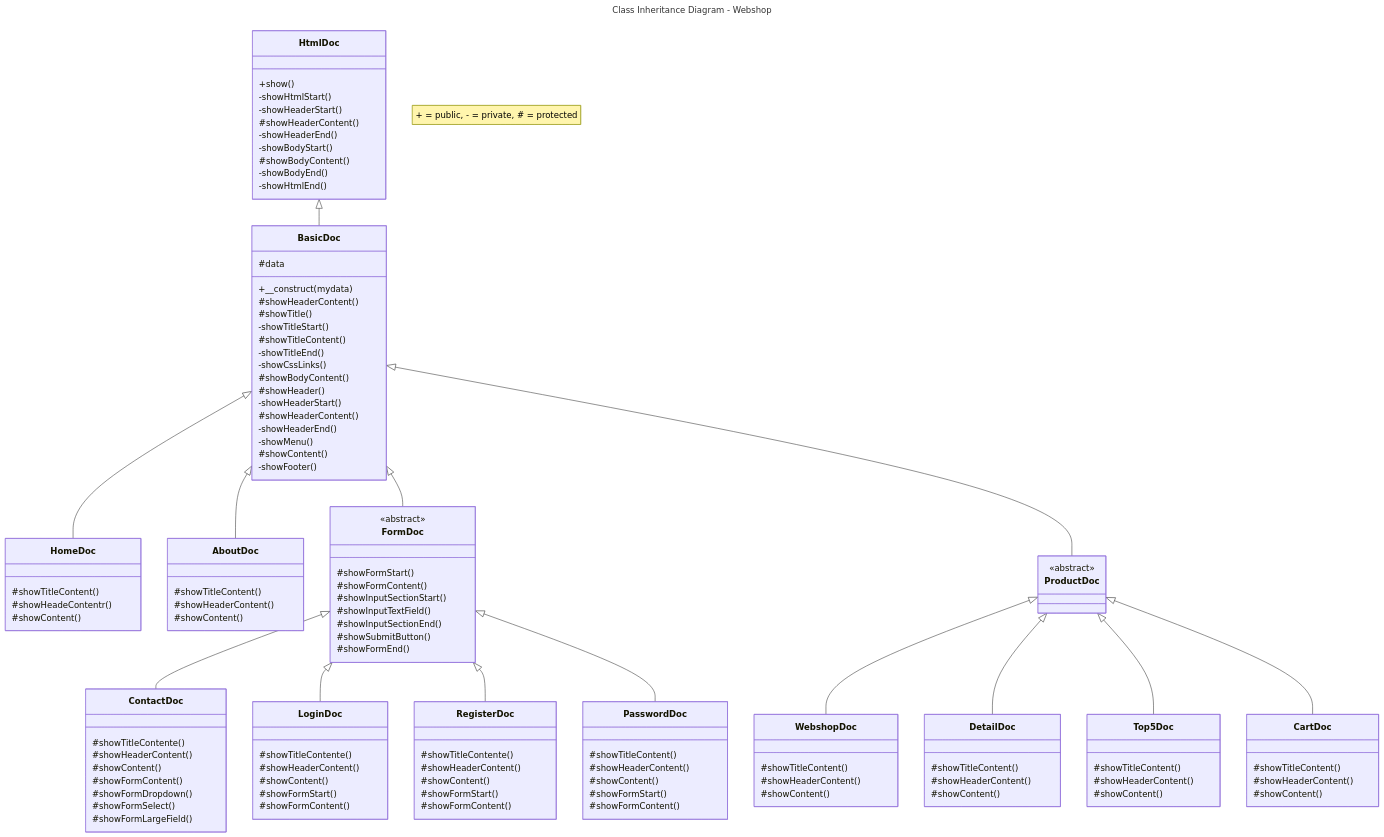
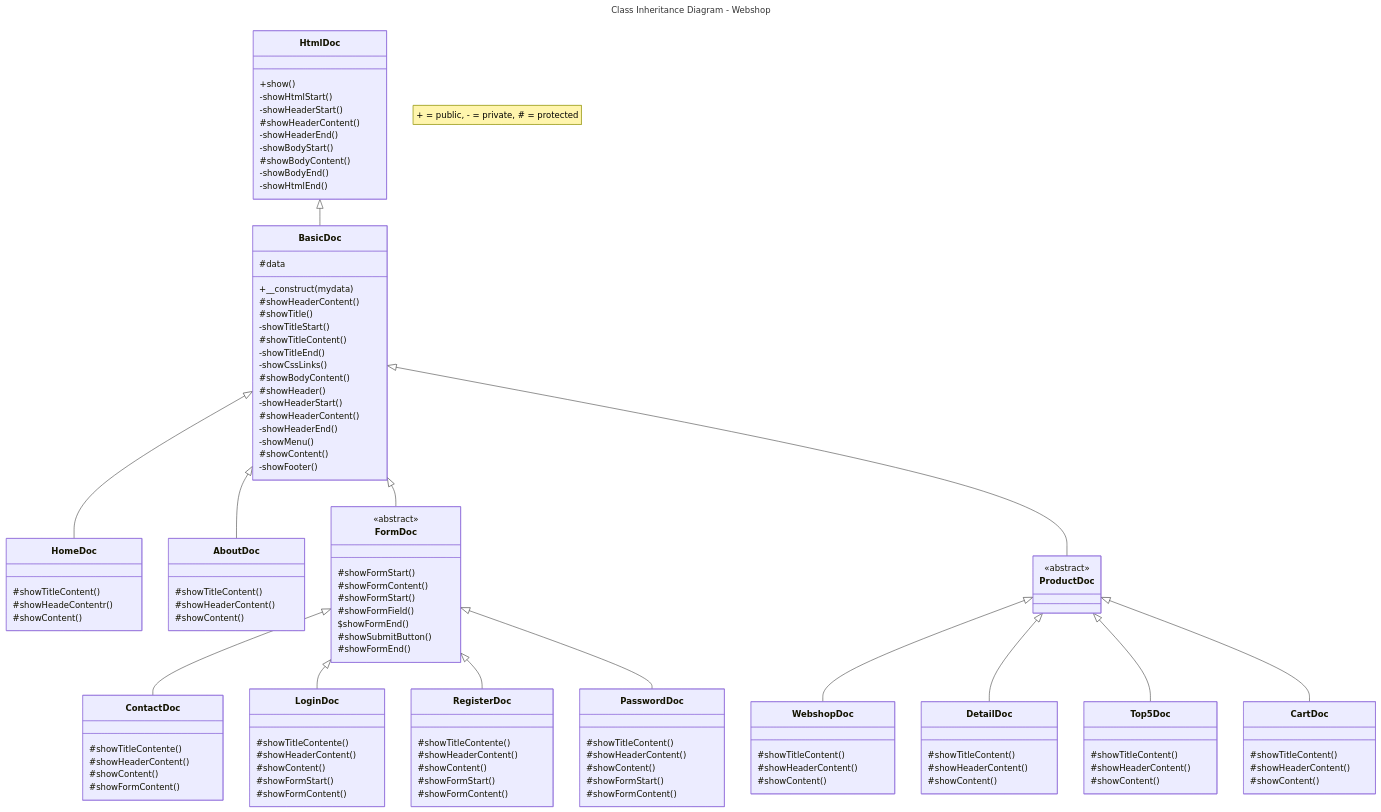
Before and after one commit to JeroenHeemskerk/educom-webshop-oop-1708595373: the diagram in Diagrams/class-inheritance-diagram-webshop.md, drawn with Mermaid.

```diff
--- a/Diagrams/class-inheritance-diagram-webshop.md
+++ b/Diagrams/class-inheritance-diagram-webshop.md
@@ -65,9 +65,9 @@
         <<abstract>>
         #showFormStart()
         #showFormContent()
-        #showInputSectionStart()
-        #showInputTextField()
-        #showInputSectionEnd()
+        #showFormStart()
+        #showFormField()
+        $showFormEnd()
         #showSubmitButton()
         #showFormEnd()
     }
@@ -76,9 +76,6 @@
         #showHeaderContent()
         #showContent()
         #showFormContent()
-        #showFormDropdown()
-        #showFormSelect()
-        #showFormLargeField()
         
     }
     class LoginDoc{
```
